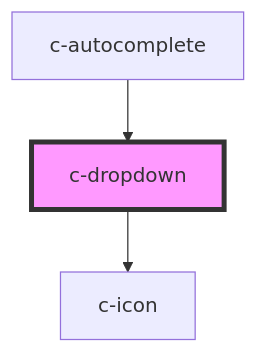
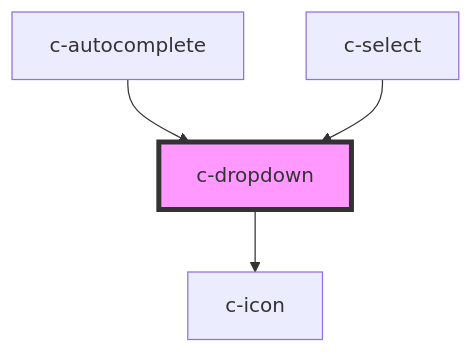
Before and after one commit to CSCfi/ui: the diagram in packages/csc-ui/src/components/c-dropdown/readme.md, drawn with Mermaid. The commit also changed other lines of this file and 23 other files, not shown here.

````diff
--- a/packages/csc-ui/src/components/c-dropdown/readme.md
+++ b/packages/csc-ui/src/components/c-dropdown/readme.md
@@ -113,6 +114,7 @@
 ```mermaid
 graph TD;
   c-dropdown --> c-icon
   c-autocomplete --> c-dropdown
+  c-select --> c-dropdown
   style c-dropdown fill:#f9f,stroke:#333,stroke-width:4px
 ```
````
